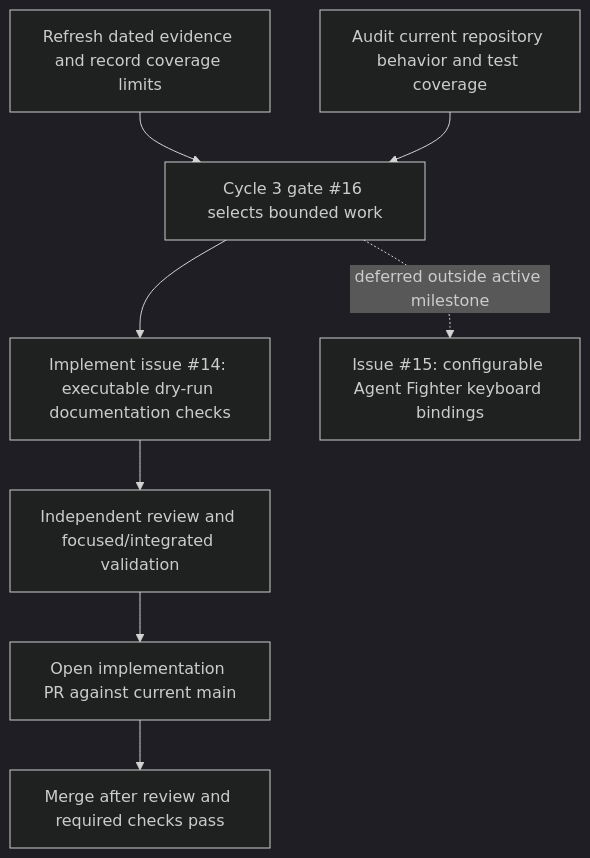
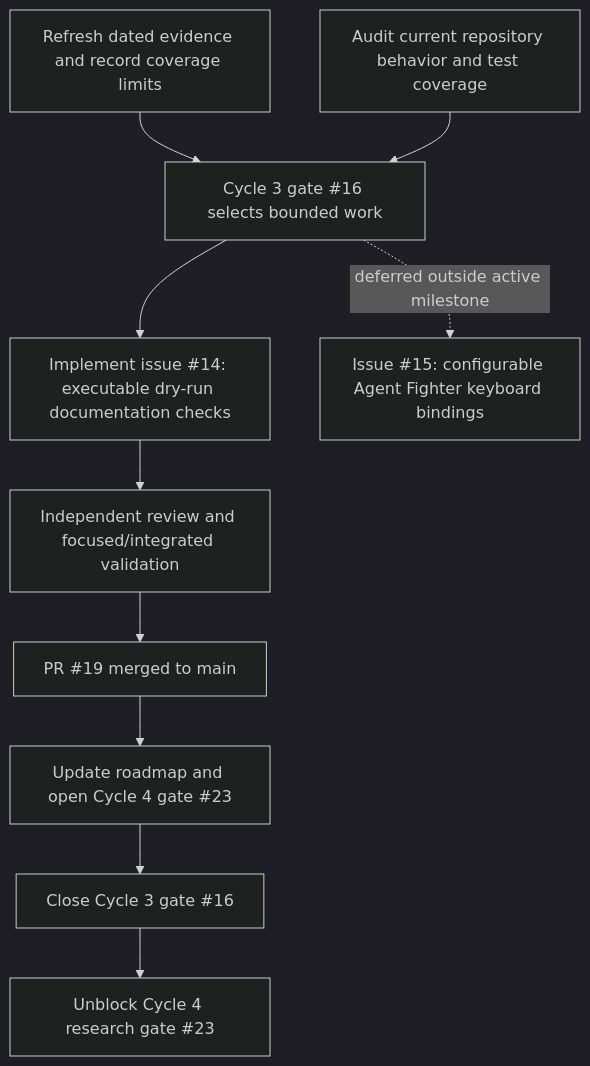
One commit to SYMBaiEX/OpenController changed the third of 3 diagrams in docs/roadmap/ai-gaming-opportunities.md. Above: the diagram before and after it, drawn with Mermaid (dark theme). The commit also changed other lines of this file, not shown here.

Commit message:
docs: close Cycle 3 and open Cycle 4 gate

````diff
--- a/docs/roadmap/ai-gaming-opportunities.md
+++ b/docs/roadmap/ai-gaming-opportunities.md
@@ -257,10 +257,12 @@
 ```mermaid
 flowchart TD
   A[Refresh dated evidence and record coverage limits] --> C[Cycle 3 gate #16 selects bounded work]
   B[Audit current repository behavior and test coverage] --> C
   C --> D[Implement issue #14: executable dry-run documentation checks]
   D --> E[Independent review and focused/integrated validation]
-  E --> F[Open implementation PR against current main]
-  F --> G[Merge after review and required checks pass]
-  C -. deferred outside active milestone .-> H[Issue #15: configurable Agent Fighter keyboard bindings]
+  E --> F[PR #19 merged to main]
+  F --> G[Update roadmap and open Cycle 4 gate #23]
+  G --> H[Close Cycle 3 gate #16]
+  H --> I[Unblock Cycle 4 research gate #23]
+  C -. deferred outside active milestone .-> J[Issue #15: configurable Agent Fighter keyboard bindings]
 ```
````
